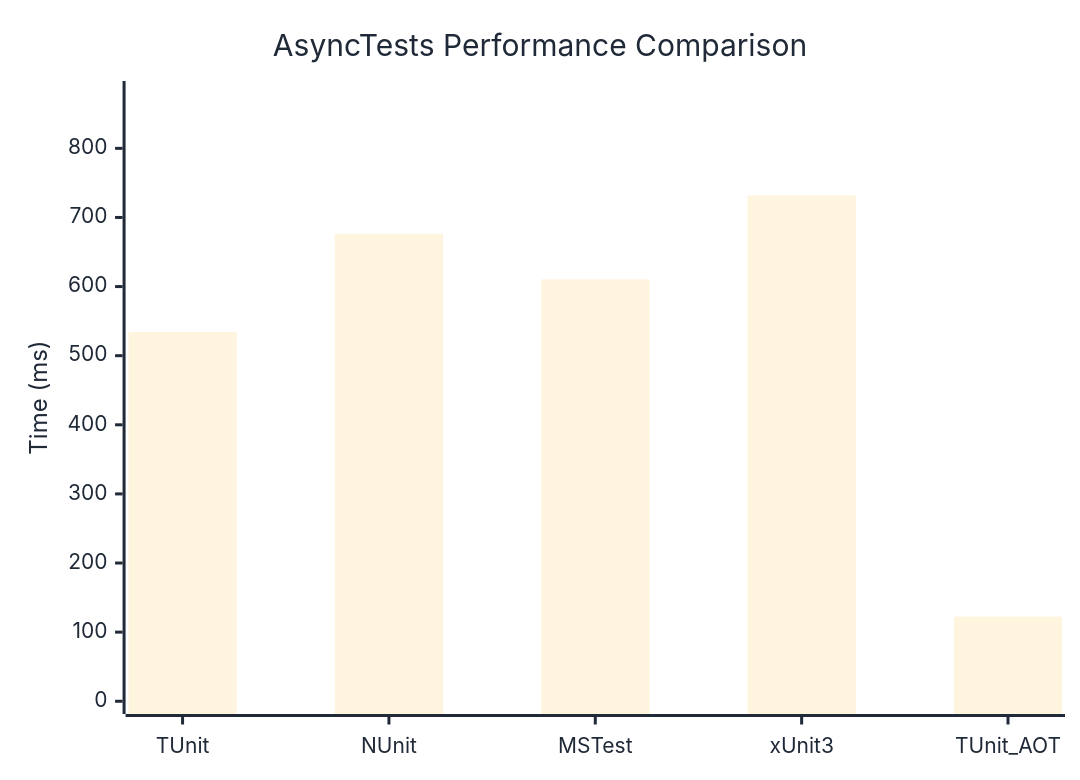
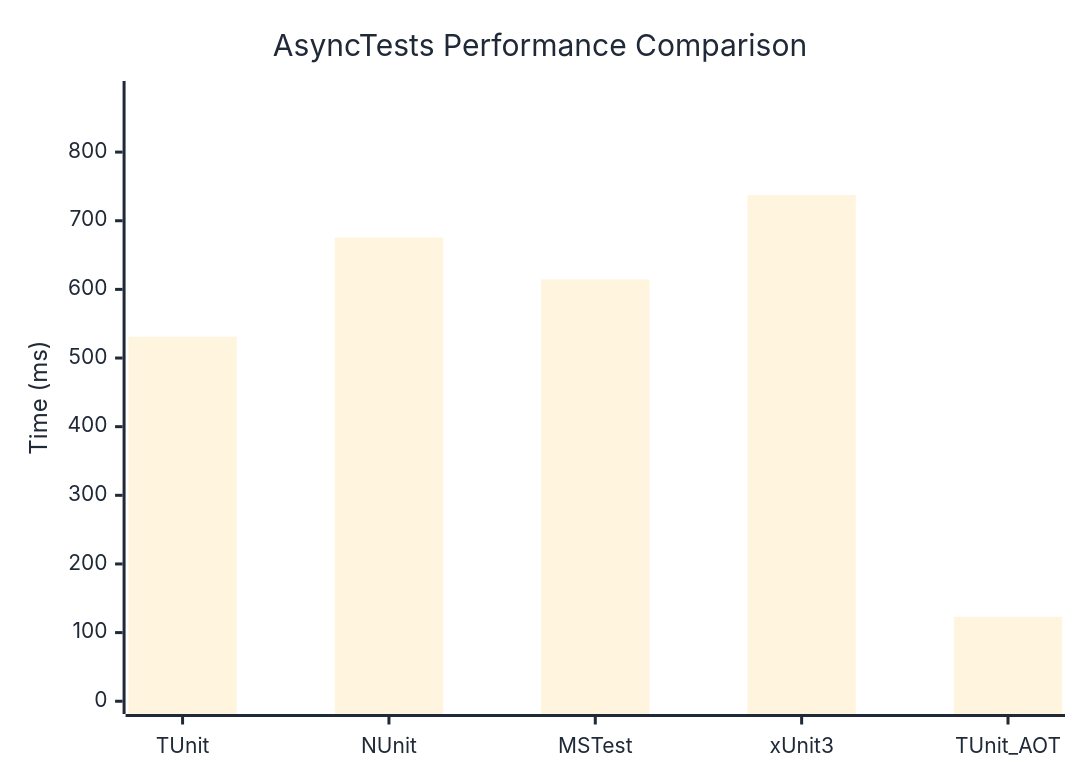
Before and after one commit to weiyilai/TUnit: the diagram in docs/docs/benchmarks/AsyncTests.md, drawn with Mermaid. The commit also changed other lines of this file and 17 other files, not shown here.

````diff
--- a/docs/docs/benchmarks/AsyncTests.md
+++ b/docs/docs/benchmarks/AsyncTests.md
@@ -27,37 +27,37 @@
 ```mermaid
 %%{init: {
   'theme':'base',
   'themeVariables': {
     'primaryColor': '#2563eb',
     'primaryTextColor': '#1f2937',
     'primaryBorderColor': '#1e40af',
     'lineColor': '#6b7280',
     'secondaryColor': '#7c3aed',
     'tertiaryColor': '#dc2626',
     'background': '#ffffff',
     'mainBkg': '#2563eb',
     'secondBkg': '#7c3aed',
     'tertiaryBkg': '#dc2626',
     'clusterBkg': '#f3f4f6',
     'edgeLabelBackground': '#ffffff',
     'tertiaryTextColor': '#1f2937',
     'pie1': '#2563eb',
     'pie2': '#7c3aed',
     'pie3': '#dc2626',
     'pie4': '#f59e0b',
     'pie5': '#10b981',
     'pie6': '#06b6d4',
     'pie7': '#ec4899',
     'pie8': '#6366f1',
     'pie9': '#84cc16',
     'pie10': '#f97316',
     'pie11': '#14b8a6',
     'pie12': '#a855f7'
   }
 }}%%
 xychart-beta
   title "AsyncTests Performance Comparison"
   x-axis ["TUnit", "NUnit", "MSTest", "xUnit3", "TUnit_AOT"]
-  y-axis "Time (ms)" 0 --> 879
-  bar [534.4, 676.4, 610.4, 731.9, 122.5]
+  y-axis "Time (ms)" 0 --> 885
+  bar [531, 675.5, 614.5, 737.4, 123]
 ```
````
